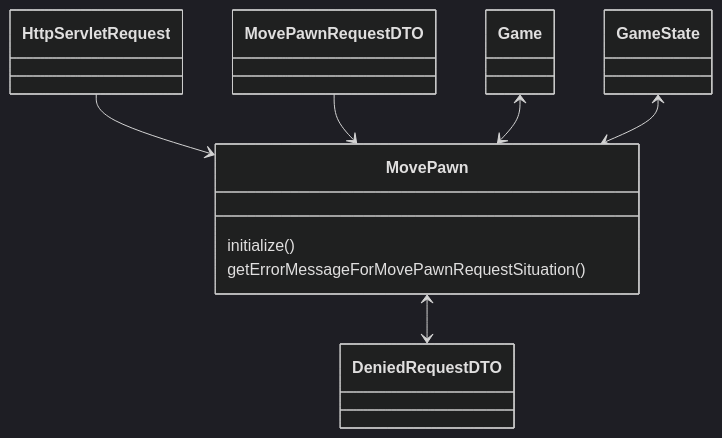
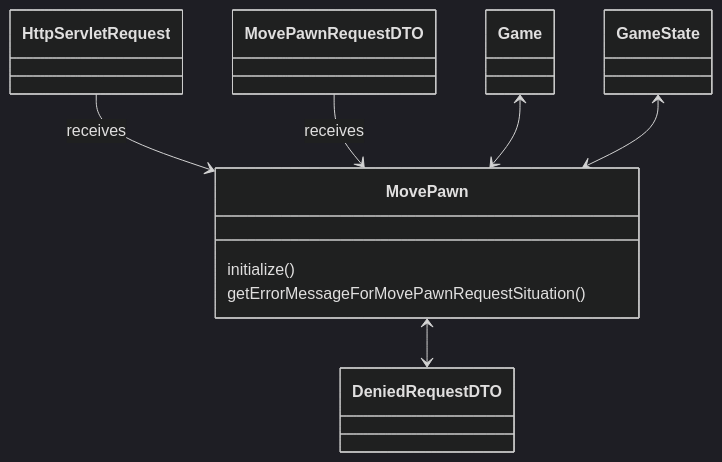
Before and after one commit to stijnlinderman/eldorado: the sixth of 8 diagrams in ARCHITECTURE.md, drawn with Mermaid (dark theme). The commit also changed other lines of this file, not shown here.

````diff
--- a/ARCHITECTURE.md
+++ b/ARCHITECTURE.md
@@ -84,10 +84,10 @@
 ```mermaid
 classDiagram
-	HttpServletRequest --> MovePawn
-	MovePawnRequestDTO --> MovePawn
+	HttpServletRequest --> MovePawn : receives
+	MovePawnRequestDTO --> MovePawn : receives
 	Game <--> MovePawn
 	GameState <--> MovePawn
 	MovePawn <--> DeniedRequestDTO
 	MovePawn : initialize()
 	MovePawn : getErrorMessageForMovePawnRequestSituation()
 ```
````
